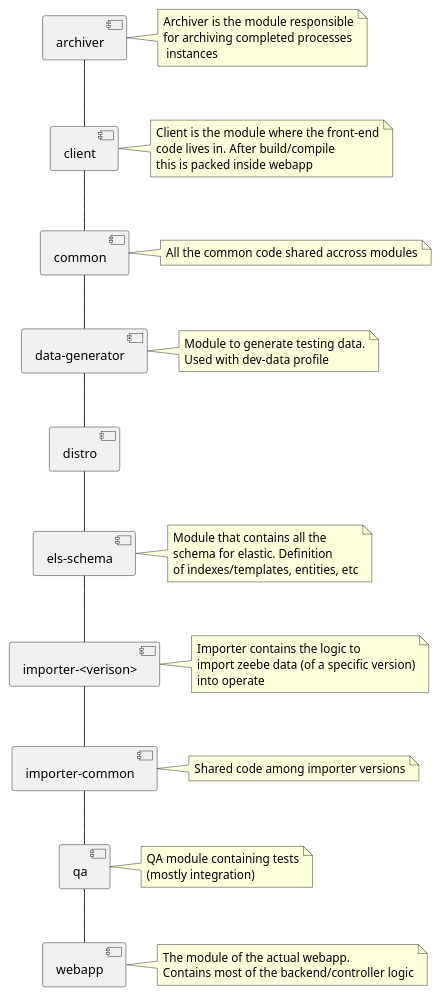
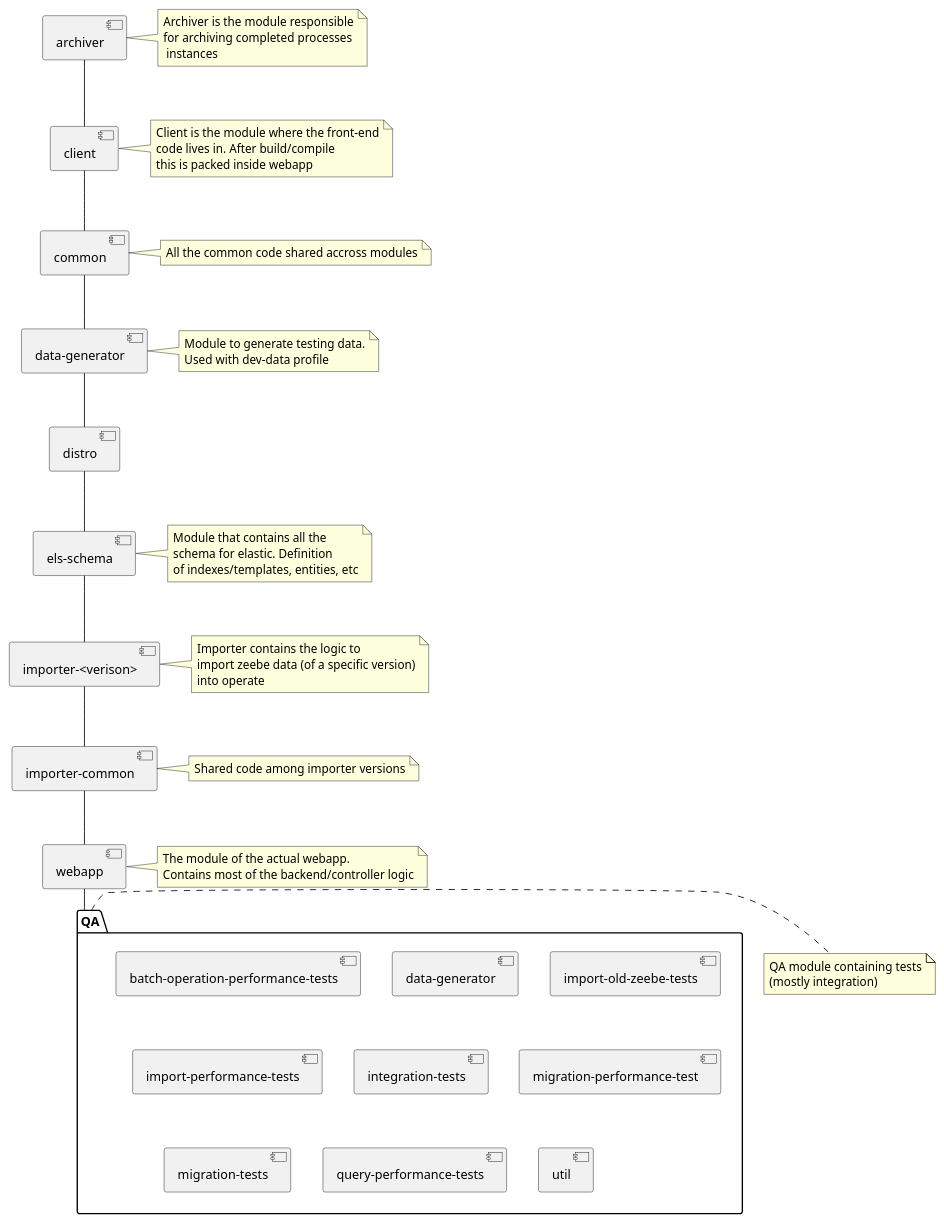
The diagram in modules.puml (camunda/camunda), drawn with PlantUML before and after one commit.

Commit message:
docs(modules): updating modules doc

```diff
--- a/modules.puml
+++ b/modules.puml
@@ -1,33 +1,44 @@
 @startuml
 [archiver] as archiver
 [client] as client
 [common] as common
 [data-generator] as datagenerator
 [distro] as distro
 [els-schema] as elsschema
 [importer-<verison>] as importer
 [importer-common] as importercommon
-[qa] as qa
 [webapp] as webapp
+
+package "QA" as qa {
+  [batch-operation-performance-tests] as batch
+  [data-generator] as datatests
+  [import-old-zeebe-tests] as oldtests
+  [import-performance-tests] as performance
+  [integration-tests] as it
+  [migration-performance-test] as migrationperf
+  [migration-tests] as migration
+  [query-performance-tests] as query
+  [util] as util
+}
 
 
 archiver -- client
 client -- common
 common -- datagenerator
 datagenerator -- distro
 distro -- elsschema
 elsschema -- importer
 importer -- importercommon
-importercommon -- qa
-qa -- webapp
+importercommon -- webapp
+webapp -- qa
 
 note right of archiver: Archiver is the module responsible\nfor archiving completed processes\n instances
 note right of client: Client is the module where the front-end\ncode lives in. After build/compile\nthis is packed inside webapp
 note right of common: All the common code shared accross modules
 note right of datagenerator: Module to generate testing data.\nUsed with dev-data profile
 note right of elsschema: Module that contains all the\nschema for elastic. Definition\nof indexes/templates, entities, etc
 note right of importer: Importer contains the logic to\nimport zeebe data (of a specific version)\ninto operate
 note right of importercommon: Shared code among importer versions
 note right of qa: QA module containing tests\n(mostly integration)
 note right of webapp: The module of the actual webapp.\nContains most of the backend/controller logic
 @enduml
```
